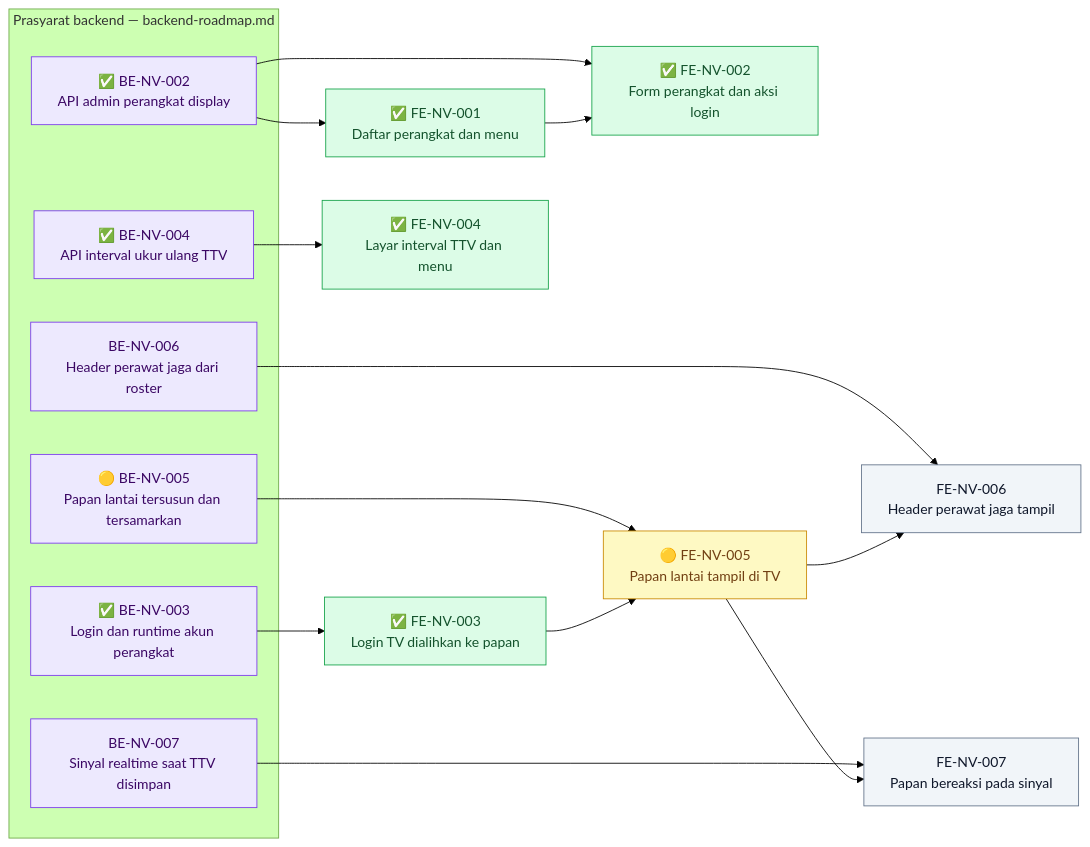
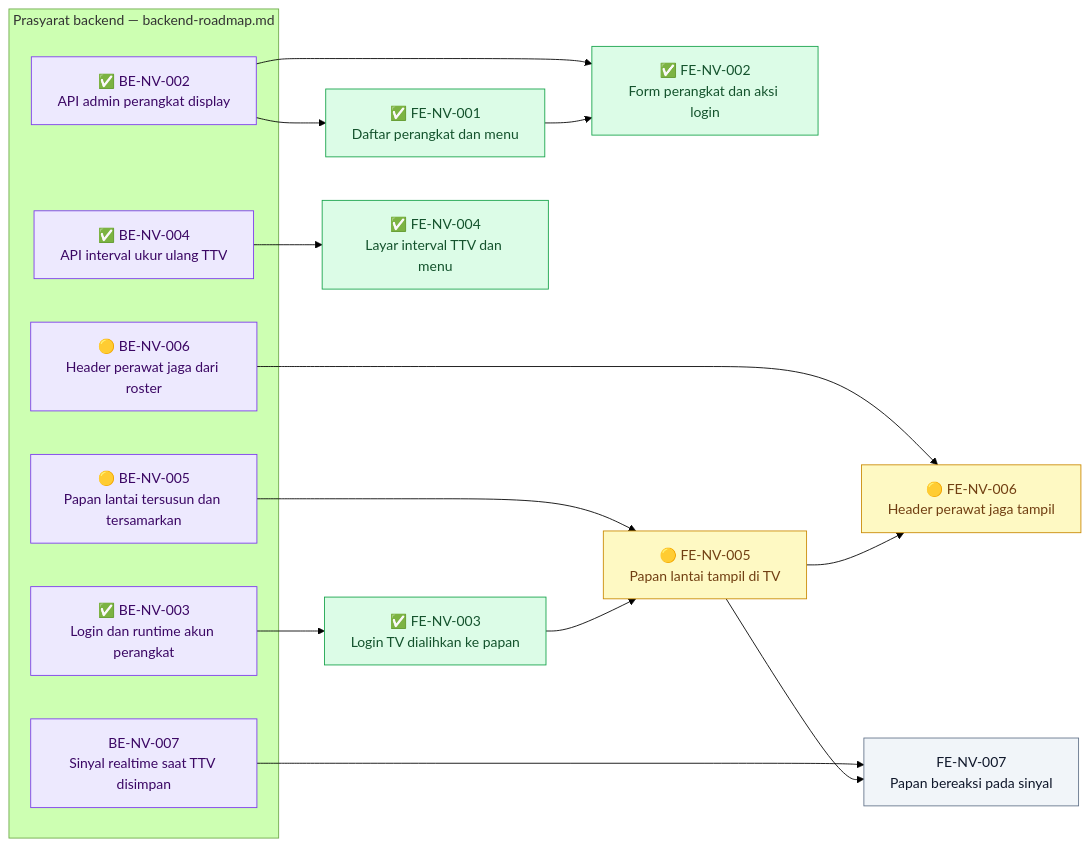
The diagram in docs/module-blueprints/nurse-view/roadmap/frontend-roadmap.md (DevBenari/NewQuilvianSystemBackend), drawn with Mermaid (forest theme) before and after one commit. The commit also changed other lines of this file and 52 other files, not shown here.

````diff
--- a/docs/module-blueprints/nurse-view/roadmap/frontend-roadmap.md
+++ b/docs/module-blueprints/nurse-view/roadmap/frontend-roadmap.md
@@ -20,37 +20,37 @@
 ```mermaid
 flowchart LR
     classDef selesai fill:#DCFCE7,stroke:#16A34A,color:#14532D
     classDef sebagian fill:#FEF9C3,stroke:#CA8A04,color:#713F12
     classDef terblokir fill:#FEE2E2,stroke:#DC2626,color:#7F1D1D
     classDef belum fill:#F1F5F9,stroke:#64748B,color:#0F172A
     classDef luar fill:#EDE9FE,stroke:#7C3AED,color:#3B0764
 
     subgraph backend["Prasyarat backend — backend-roadmap.md"]
         BENV002["✅ BE-NV-002<br/>API admin perangkat display"]:::luar
         BENV003["✅ BE-NV-003<br/>Login dan runtime akun perangkat"]:::luar
         BENV004["✅ BE-NV-004<br/>API interval ukur ulang TTV"]:::luar
         BENV005["🟡 BE-NV-005<br/>Papan lantai tersusun dan tersamarkan"]:::luar
-        BENV006["BE-NV-006<br/>Header perawat jaga dari roster"]:::luar
+        BENV006["🟡 BE-NV-006<br/>Header perawat jaga dari roster"]:::luar
         BENV007["BE-NV-007<br/>Sinyal realtime saat TTV disimpan"]:::luar
     end
 
     FENV001["✅ FE-NV-001<br/>Daftar perangkat dan menu"]:::selesai
     FENV002["✅ FE-NV-002<br/>Form perangkat dan aksi login"]:::selesai
     FENV003["✅ FE-NV-003<br/>Login TV dialihkan ke papan"]:::selesai
     FENV004["✅ FE-NV-004<br/>Layar interval TTV dan menu"]:::selesai
     FENV005["🟡 FE-NV-005<br/>Papan lantai tampil di TV"]:::sebagian
-    FENV006["FE-NV-006<br/>Header perawat jaga tampil"]:::belum
+    FENV006["🟡 FE-NV-006<br/>Header perawat jaga tampil"]:::sebagian
     FENV007["FE-NV-007<br/>Papan bereaksi pada sinyal"]:::belum
 
     BENV002 --> FENV001
     BENV002 --> FENV002
     FENV001 --> FENV002
     BENV003 --> FENV003
     BENV004 --> FENV004
     BENV005 --> FENV005
     FENV003 --> FENV005
     BENV006 --> FENV006
     FENV005 --> FENV006
     BENV007 --> FENV007
     FENV005 --> FENV007
 ```
````
